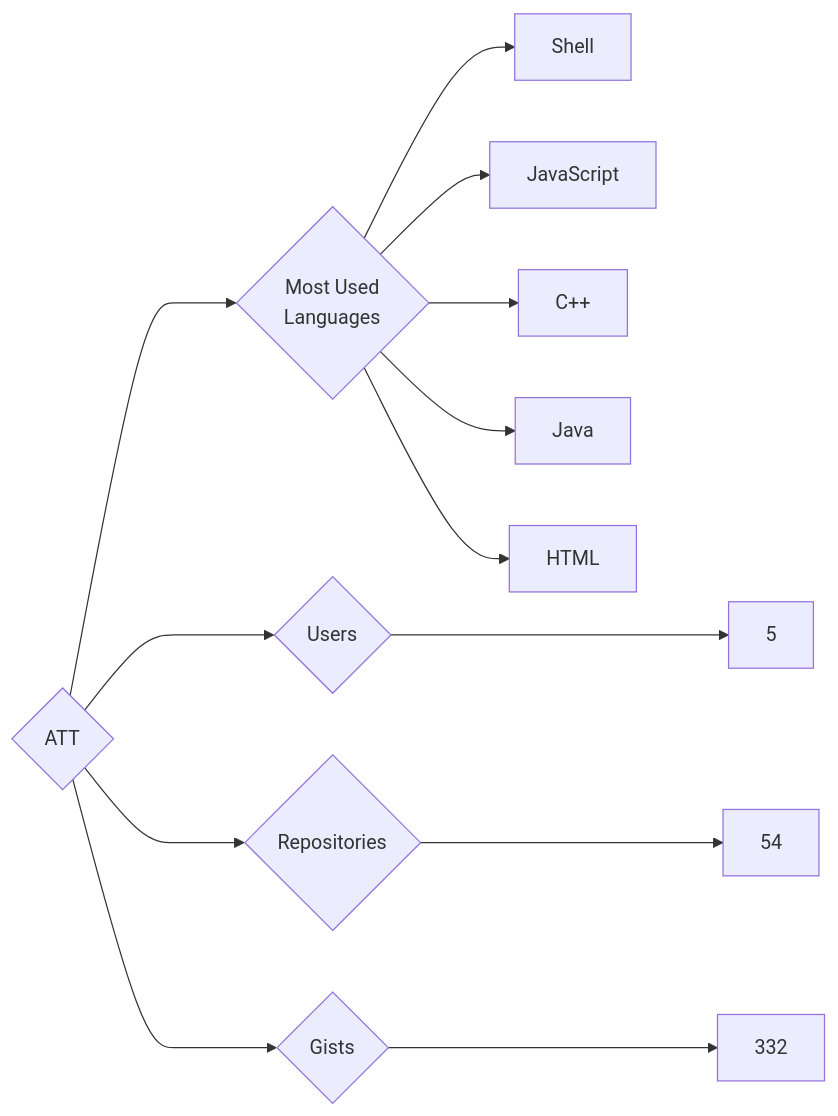
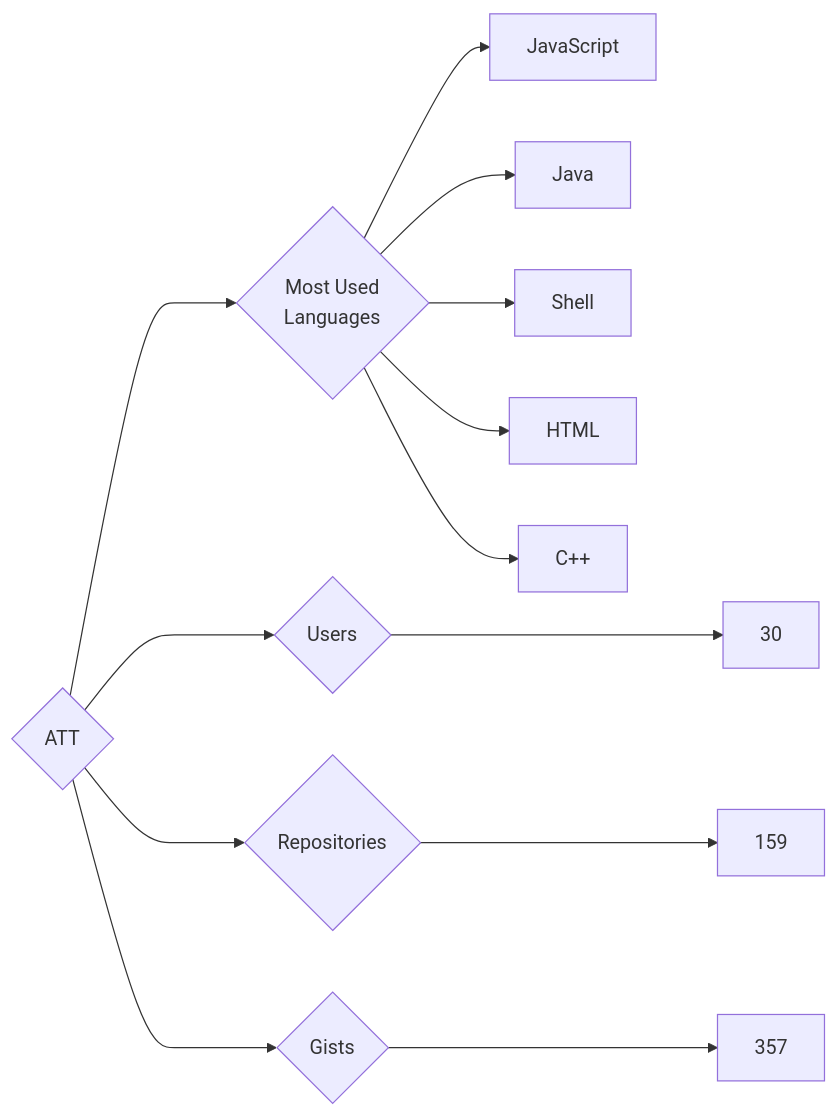
The diagram in targets/ATT/README.md (trickest/insiders), drawn with Mermaid before and after one commit. The commit also changed 953 other files, not shown here.

````diff
--- a/targets/ATT/README.md
+++ b/targets/ATT/README.md
@@ -3,13 +3,13 @@
 ```mermaid
 graph LR
 COMPANY_NAME{ATT}
-COMPANY_NAME ---> U{Users} ---> UN[5]
-COMPANY_NAME ---> R{Repositories} ---> RN[54]
-COMPANY_NAME ---> G{Gists} ---> GN[332]
+COMPANY_NAME ---> U{Users} ---> UN[30]
+COMPANY_NAME ---> R{Repositories} ---> RN[159]
+COMPANY_NAME ---> G{Gists} ---> GN[357]
 COMPANY_NAME ---> ML{Most Used<br>Languages}
+ML --> JavaScript[JavaScript]
+ML --> Java[Java]
 ML --> Shell[Shell]
-ML --> JavaScript[JavaScript]
+ML --> HTML[HTML]
 ML --> C++[C++]
-ML --> Java[Java]
-ML --> HTML[HTML]
 ```
````
